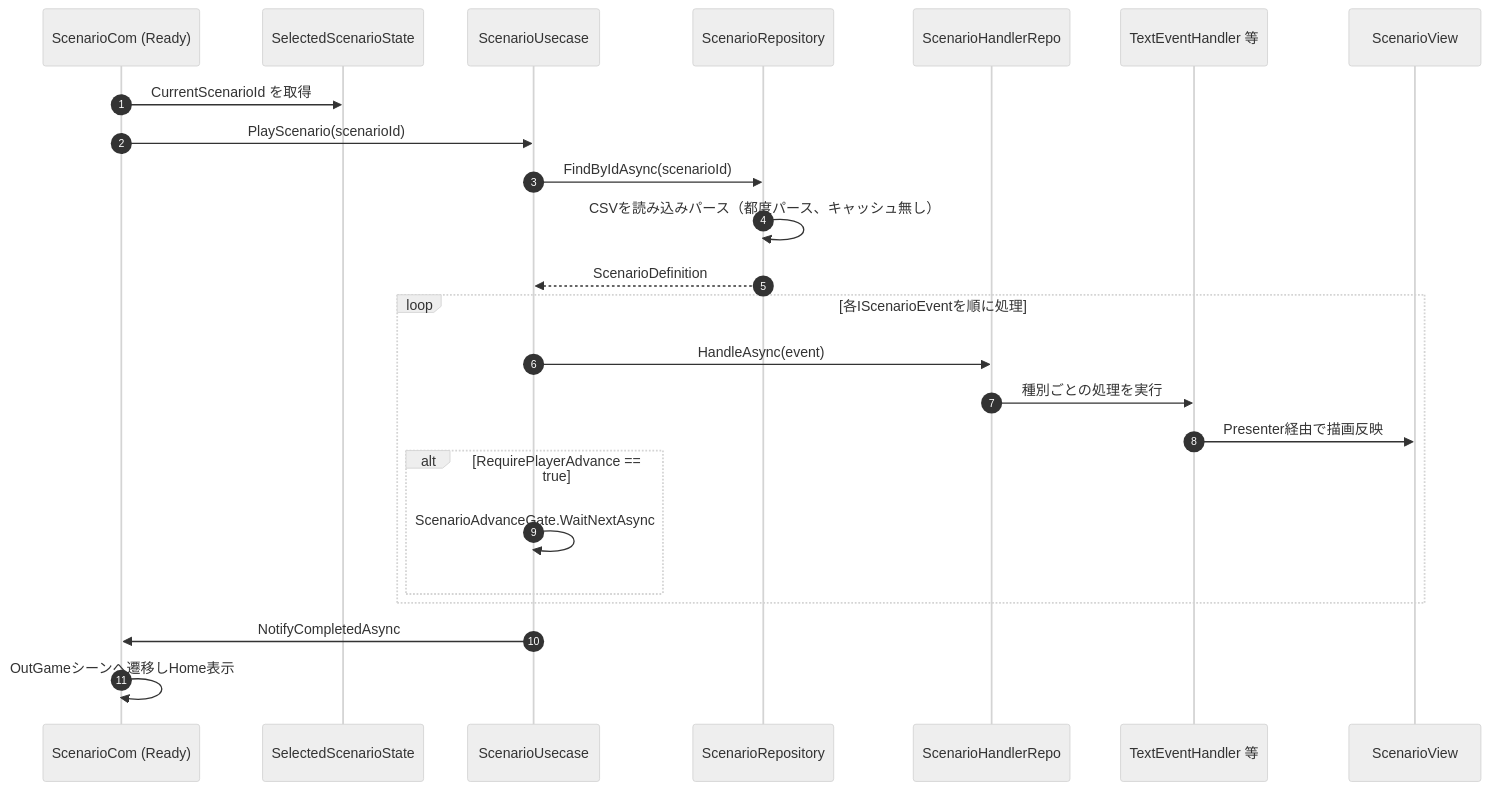
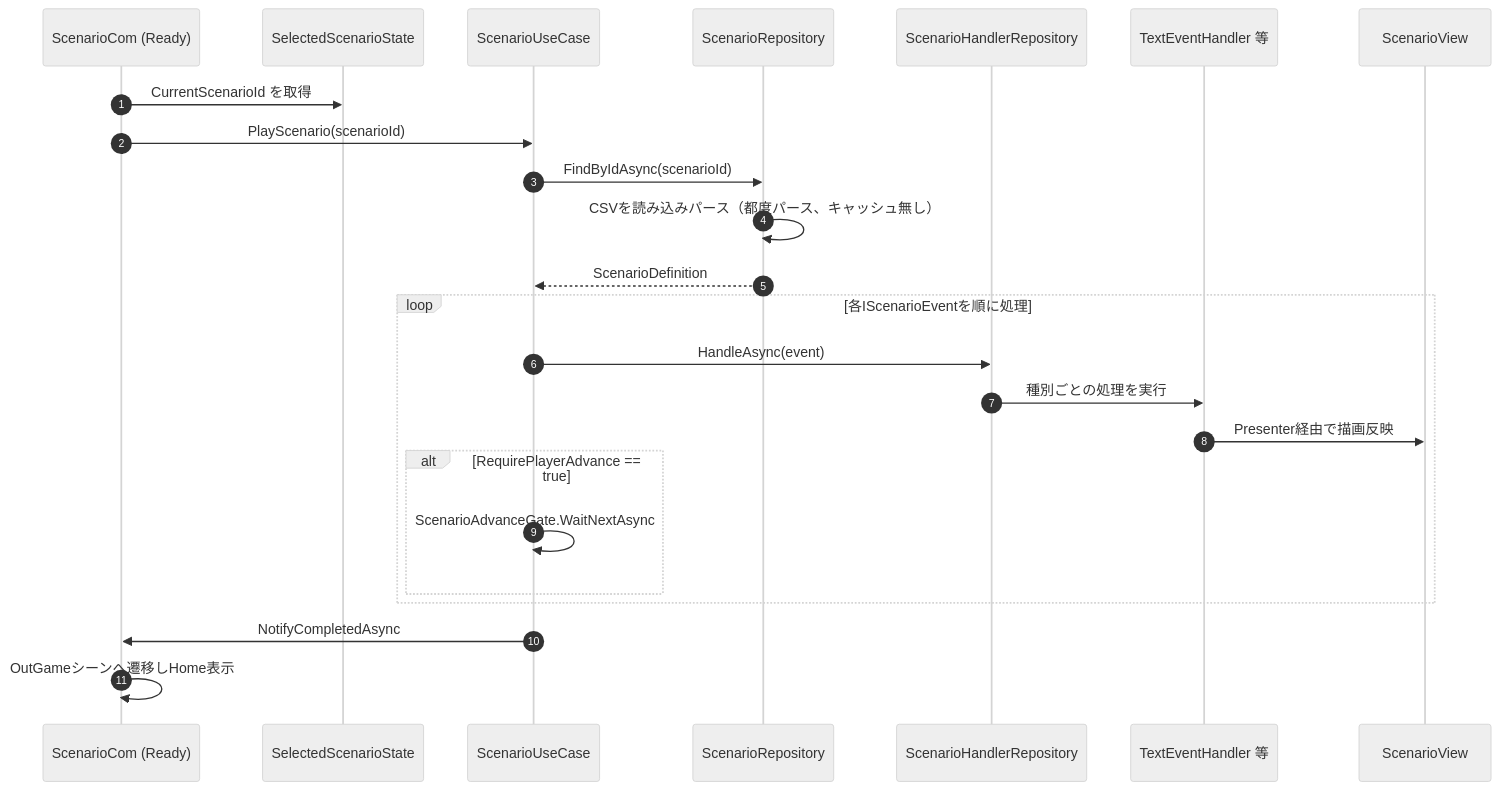
Before and after one commit to HIBIKI5201/SymphonyKillChord: the second of 2 diagrams in Assets/Docs/ScriptsDocs/Modules/NotionModuleDocs/Scenario.md, drawn with Mermaid (neutral theme). The commit also changed other lines of this file and 89 other files, not shown here.

First line of the commit message:
refactor: 型名の綴りと表記ゆれを直す（AttackPipelineAsset・UseCase・Repository）

````diff
--- a/Assets/Docs/ScriptsDocs/Modules/NotionModuleDocs/Scenario.md
+++ b/Assets/Docs/ScriptsDocs/Modules/NotionModuleDocs/Scenario.md
@@ -141,27 +141,27 @@
 ```mermaid
 sequenceDiagram
     autonumber
     participant Com as ScenarioCom (Ready)
     participant State as SelectedScenarioState
-    participant Usecase as ScenarioUsecase
+    participant Usecase as ScenarioUseCase
     participant Repo as ScenarioRepository
-    participant HandlerRepo as ScenarioHandlerRepo
+    participant HandlerRepo as ScenarioHandlerRepository
     participant Handler as TextEventHandler 等
     participant View as ScenarioView
 
     Com ->> State: CurrentScenarioId を取得
     Com ->> Usecase: PlayScenario(scenarioId)
     Usecase ->> Repo: FindByIdAsync(scenarioId)
     Repo ->> Repo: CSVを読み込みパース（都度パース、キャッシュ無し）
     Repo -->> Usecase: ScenarioDefinition
     loop 各IScenarioEventを順に処理
         Usecase ->> HandlerRepo: HandleAsync(event)
         HandlerRepo ->> Handler: 種別ごとの処理を実行
         Handler ->> View: Presenter経由で描画反映
         alt RequirePlayerAdvance == true
             Usecase ->> Usecase: ScenarioAdvanceGate.WaitNextAsync
         end
     end
     Usecase ->> Com: NotifyCompletedAsync
     Com ->> Com: OutGameシーンへ遷移しHome表示
 ```
````
